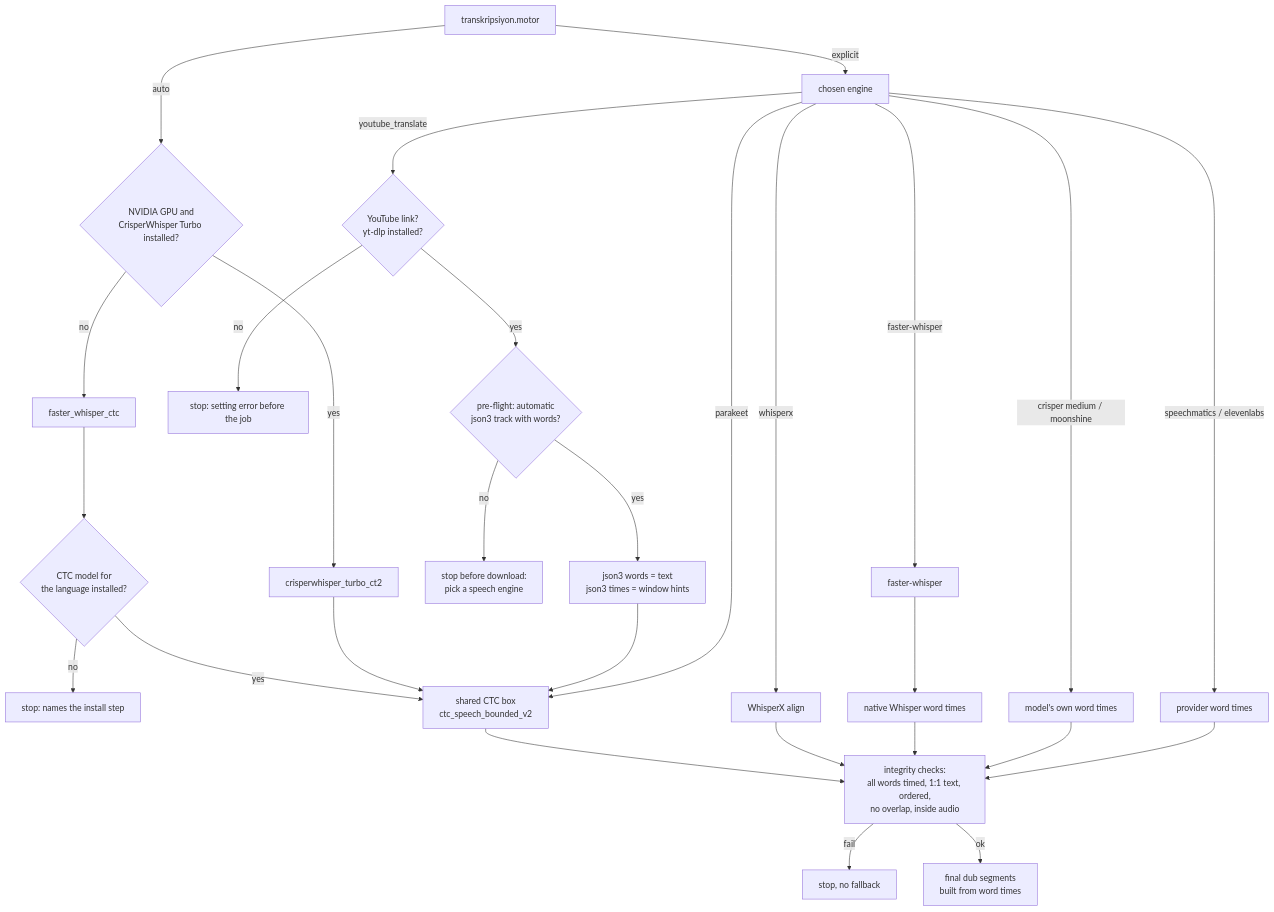
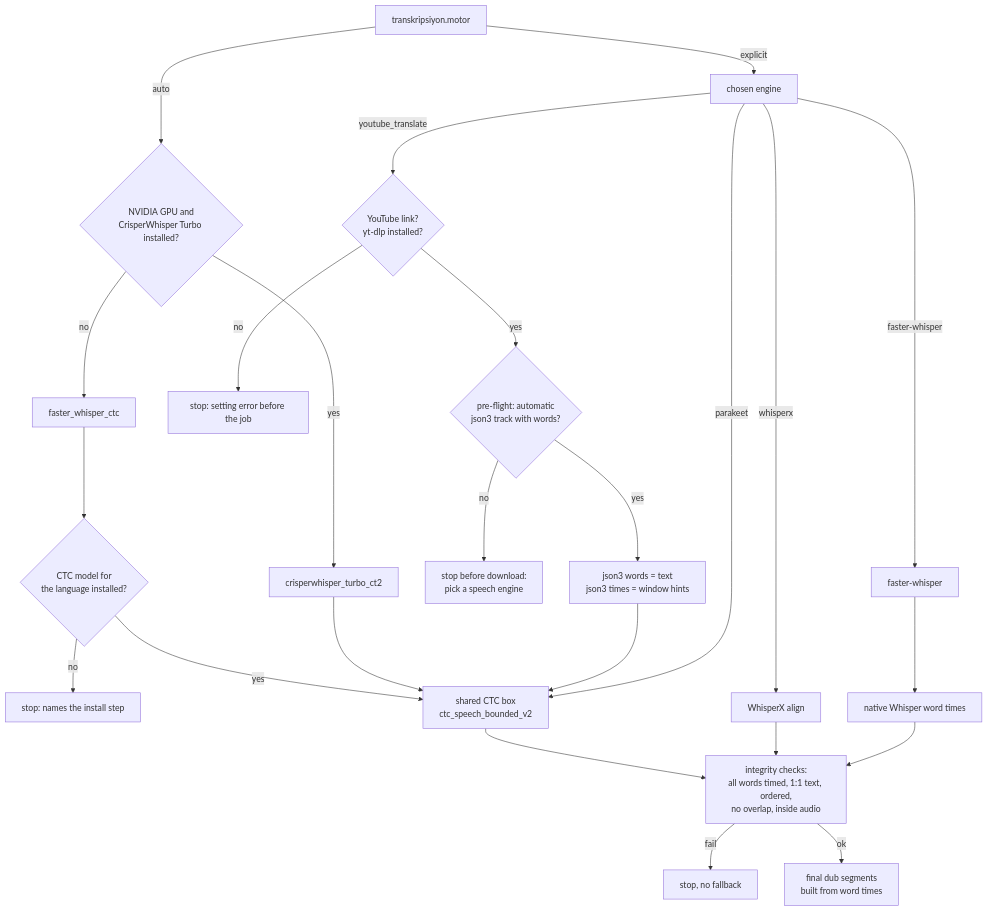
The diagram in docs/engineering/timing-sources.md (alexturkey/dubworld), drawn with Mermaid before and after one commit. The commit also changed other lines of this file and 76 other files, not shown here.

````diff
--- a/docs/engineering/timing-sources.md
+++ b/docs/engineering/timing-sources.md
@@ -46,30 +45,26 @@
 ```mermaid
 flowchart TD
     A[transkripsiyon.motor] -->|auto| B{NVIDIA GPU and<br/>CrisperWhisper Turbo installed?}
     B -->|yes| T[crisperwhisper_turbo_ct2]
     B -->|no| FC[faster_whisper_ctc]
     FC --> K{CTC model for<br/>the language installed?}
     K -->|no| X4[stop: names the install step]
     K -->|yes| CTC
     A -->|explicit| E[chosen engine]
     E -->|youtube_translate| Y{YouTube link?<br/>yt-dlp installed?}
     Y -->|no| X1[stop: setting error before the job]
     Y -->|yes| P{pre-flight: automatic<br/>json3 track with words?}
     P -->|no| X2[stop before download:<br/>pick a speech engine]
     P -->|yes| J[json3 words = text<br/>json3 times = window hints]
     T --> CTC[shared CTC box<br/>ctc_speech_bounded_v2]
     J --> CTC
     E -->|parakeet| CTC
     E -->|whisperx| WX[WhisperX align]
     E -->|faster-whisper| FW[faster-whisper]
     FW --> N[native Whisper word times]
-    E -->|crisper medium / moonshine| M[model's own word times]
-    E -->|speechmatics / elevenlabs| S[provider word times]
     CTC --> G[integrity checks:<br/>all words timed, 1:1 text, ordered,<br/>no overlap, inside audio]
     WX --> G
     N --> G
-    M --> G
-    S --> G
     G -->|fail| X3[stop, no fallback]
     G -->|ok| F[final dub segments<br/>built from word times]
 ```
````
